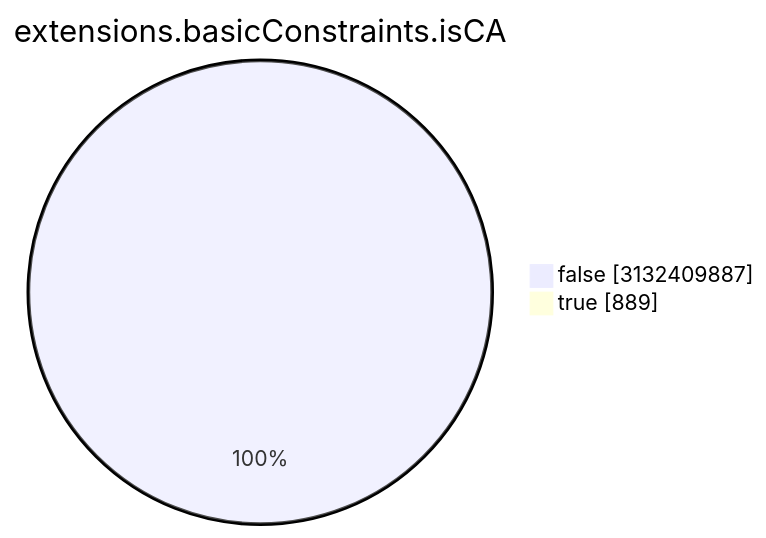
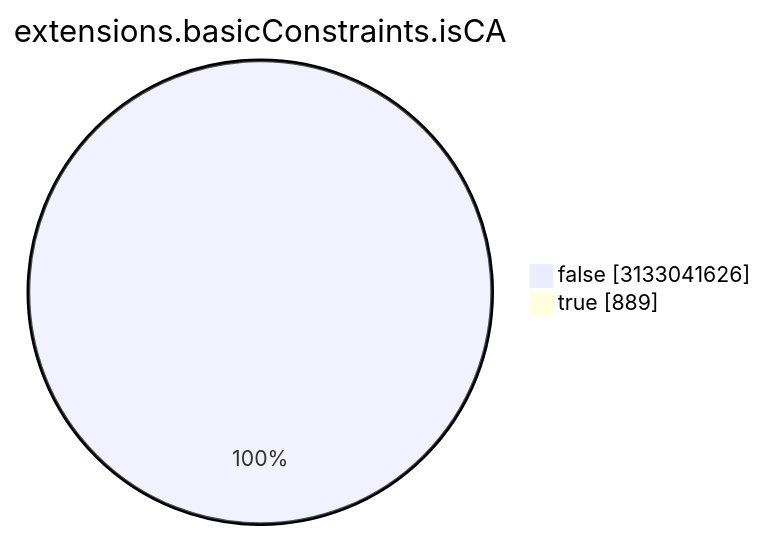
One commit to christiankrug/ctmonitor_visualization changed the seventh of 15 diagrams in TOTAL/README.md. Above: the diagram before and after it, drawn with Mermaid. The commit also changed other lines of this file, not shown here.

````diff
--- a/TOTAL/README.md
+++ b/TOTAL/README.md
@@ -3088,6 +3088,6 @@
 ```mermaid
 pie showData
 title extensions.basicConstraints.isCA
-"false" :3132409887
+"false" :3133041626
 "true" :889
 ```
````
